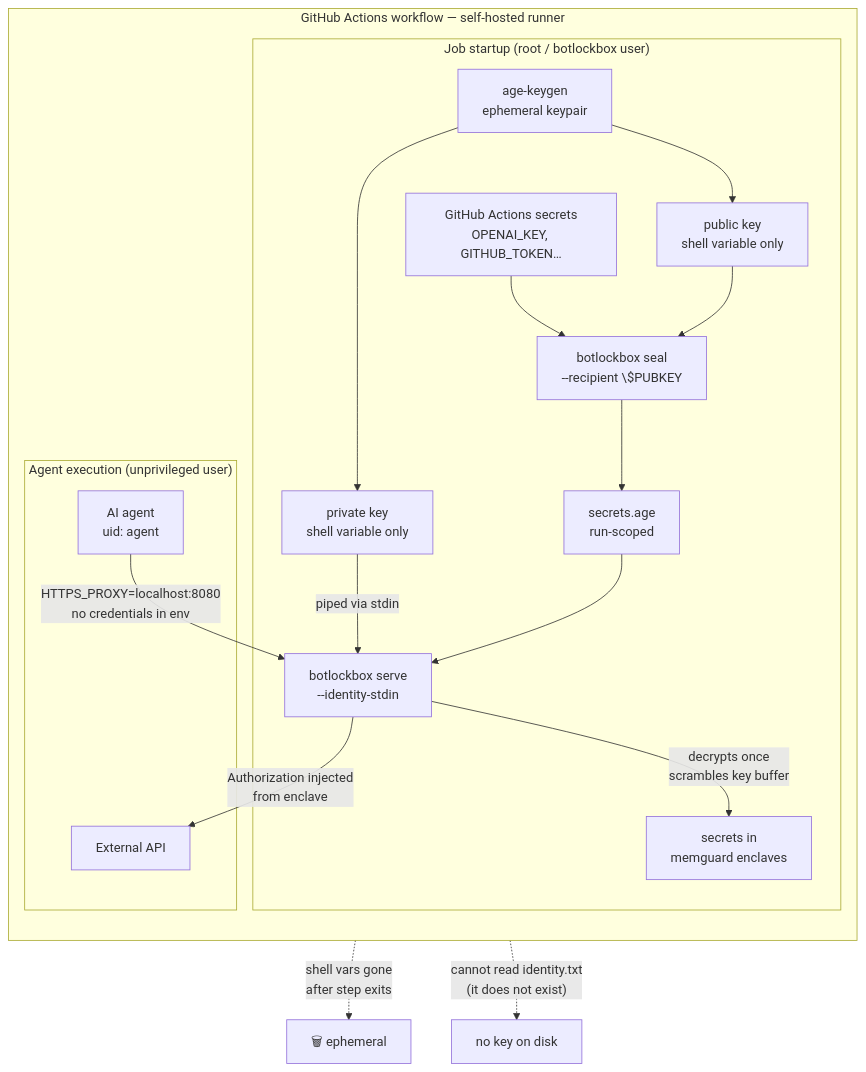
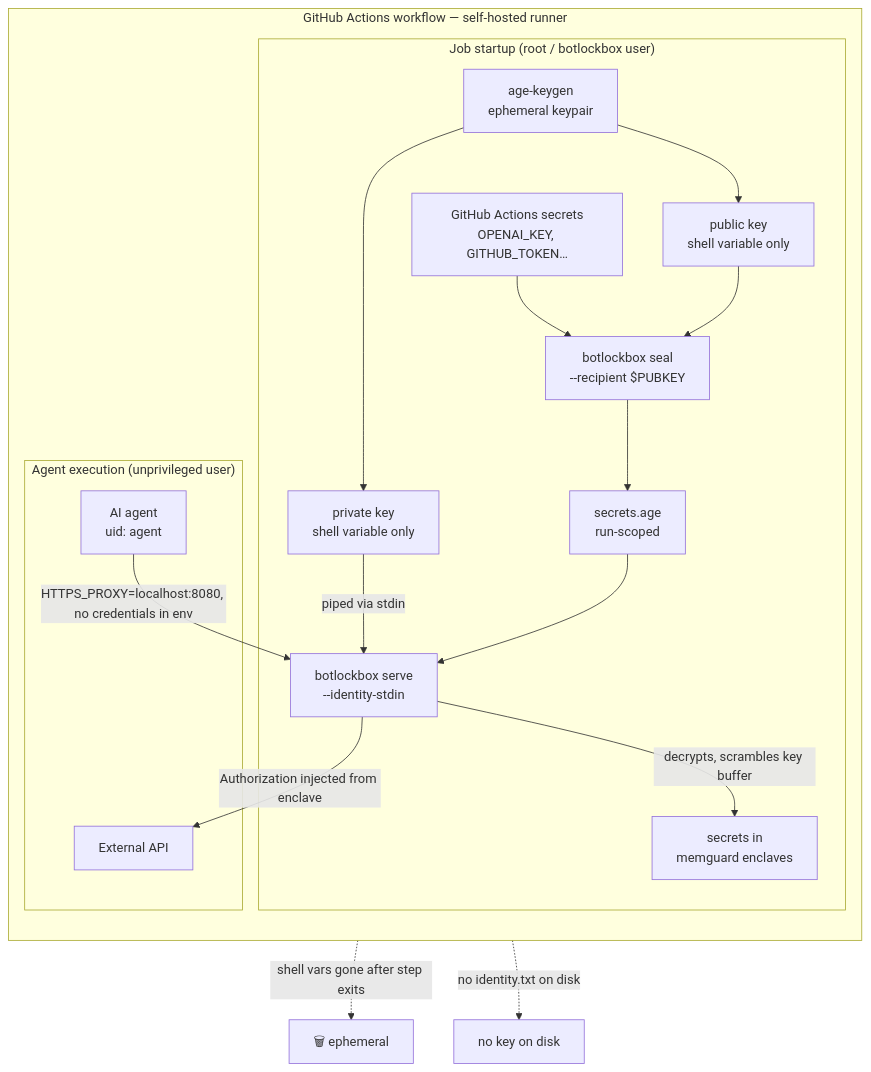
Before and after one commit to trodemaster/botlockbox: the second of 3 diagrams in README.md, drawn with Mermaid. The commit also changed other lines of this file, not shown here.

First line of the commit message:
docs: fix \n in Mermaid diagrams — replace with <br/> and flatten edge labels

````diff
--- a/README.md
+++ b/README.md
@@ -193,30 +193,30 @@
 ```mermaid
 flowchart TD
     subgraph gha["GitHub Actions workflow — self-hosted runner"]
         direction TB
 
         subgraph setup["Job startup (root / botlockbox user)"]
-            GHS["GitHub Actions secrets\nOPENAI_KEY, GITHUB_TOKEN…"]
-            KEYGEN["age-keygen\nephemeral keypair"]
-            PUBKEY["public key\nshell variable only"]
-            PRIVKEY["private key\nshell variable only"]
+            GHS["GitHub Actions secrets<br/>OPENAI_KEY, GITHUB_TOKEN…"]
+            KEYGEN["age-keygen<br/>ephemeral keypair"]
+            PUBKEY["public key<br/>shell variable only"]
+            PRIVKEY["private key<br/>shell variable only"]
             KEYGEN --> PUBKEY
             KEYGEN --> PRIVKEY
-            GHS --> SEAL["botlockbox seal\n--recipient \$PUBKEY"]
+            GHS --> SEAL["botlockbox seal<br/>--recipient $PUBKEY"]
             PUBKEY --> SEAL
-            SEAL --> SAGE["secrets.age\nrun-scoped"]
-            PRIVKEY -->|"piped via stdin"| SERVE["botlockbox serve\n--identity-stdin"]
+            SEAL --> SAGE["secrets.age<br/>run-scoped"]
+            PRIVKEY -->|"piped via stdin"| SERVE["botlockbox serve<br/>--identity-stdin"]
             SAGE --> SERVE
-            SERVE -->|"decrypts once\nscrambles key buffer"| MEM["secrets in\nmemguard enclaves"]
+            SERVE -->|"decrypts, scrambles key buffer"| MEM["secrets in<br/>memguard enclaves"]
         end
 
         subgraph run["Agent execution (unprivileged user)"]
-            AGENT["AI agent\nuid: agent"]
-            AGENT -->|"HTTPS_PROXY=localhost:8080\nno credentials in env"| SERVE
-            SERVE -->|"Authorization injected\nfrom enclave"| API["External API"]
+            AGENT["AI agent<br/>uid: agent"]
+            AGENT -->|"HTTPS_PROXY=localhost:8080, no credentials in env"| SERVE
+            SERVE -->|"Authorization injected from enclave"| API["External API"]
         end
     end
 
-    KEYGEN -.->|"shell vars gone\nafter step exits"| GONE["🗑 ephemeral"]
-    SERVE -.->|"cannot read identity.txt\n(it does not exist)"| NOFILE["no key on disk"]
+    KEYGEN -.->|"shell vars gone after step exits"| GONE["🗑 ephemeral"]
+    SERVE -.->|"no identity.txt on disk"| NOFILE["no key on disk"]
 ```
````
